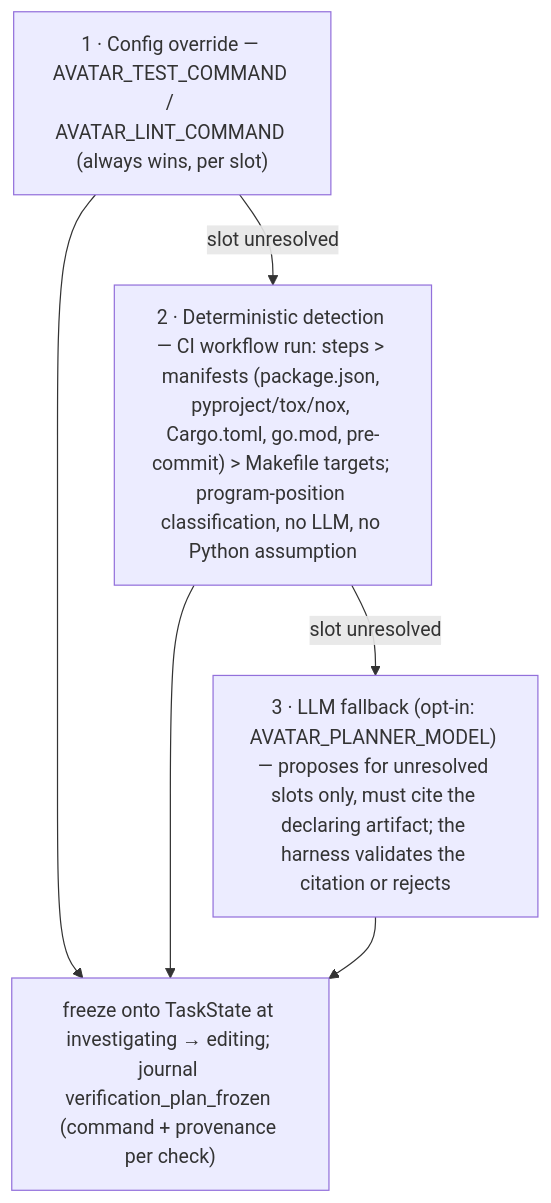
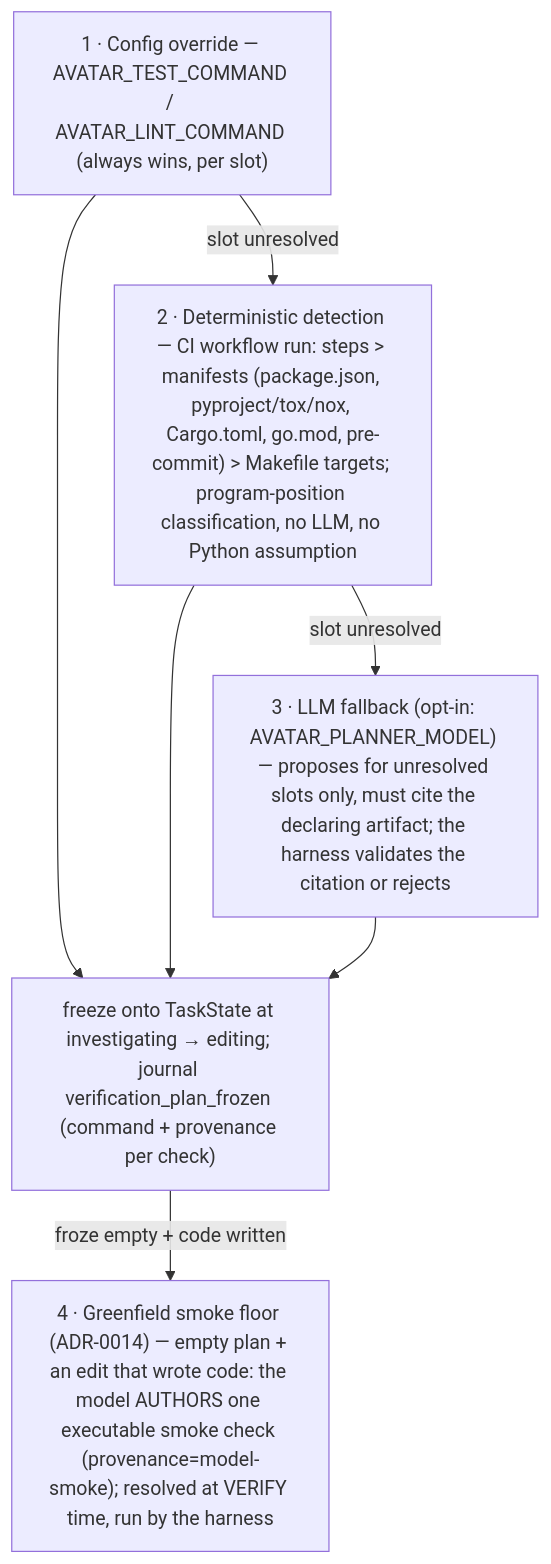
One commit to codexceed/avatar-harness changed the seventh of 8 diagrams in ARCHITECTURE.md. Above: the diagram before and after it, drawn with Mermaid. The commit also changed other lines of this file and 9 other files, not shown here.

````diff
--- a/ARCHITECTURE.md
+++ b/ARCHITECTURE.md
@@ -266,11 +266,13 @@
 ```mermaid
 flowchart TD
     CO["1 · Config override — AVATAR_TEST_COMMAND / AVATAR_LINT_COMMAND (always wins, per slot)"]
     DET["2 · Deterministic detection — CI workflow run: steps > manifests (package.json, pyproject/tox/nox, Cargo.toml, go.mod, pre-commit) > Makefile targets; program-position classification, no LLM, no Python assumption"]
     LLM["3 · LLM fallback (opt-in: AVATAR_PLANNER_MODEL) — proposes for unresolved slots only, must cite the declaring artifact; the harness validates the citation or rejects"]
     FRZ["freeze onto TaskState at investigating → editing; journal verification_plan_frozen (command + provenance per check)"]
+    SMK["4 · Greenfield smoke floor (ADR-0014) — empty plan + an edit that wrote code: the model AUTHORS one executable smoke check (provenance=model-smoke); resolved at VERIFY time, run by the harness"]
     CO -->|slot unresolved| DET -->|slot unresolved| LLM
     CO --> FRZ
     DET --> FRZ
     LLM --> FRZ
+    FRZ -->|froze empty + code written| SMK
 ```
````
